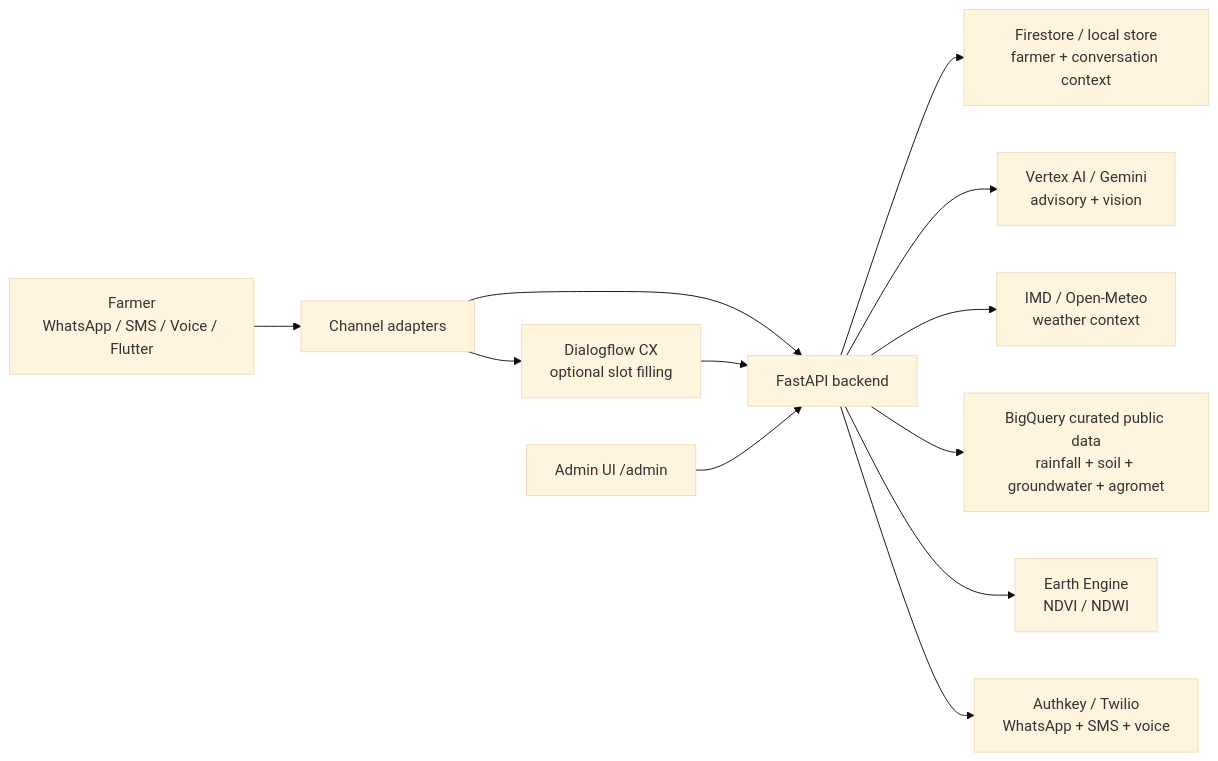
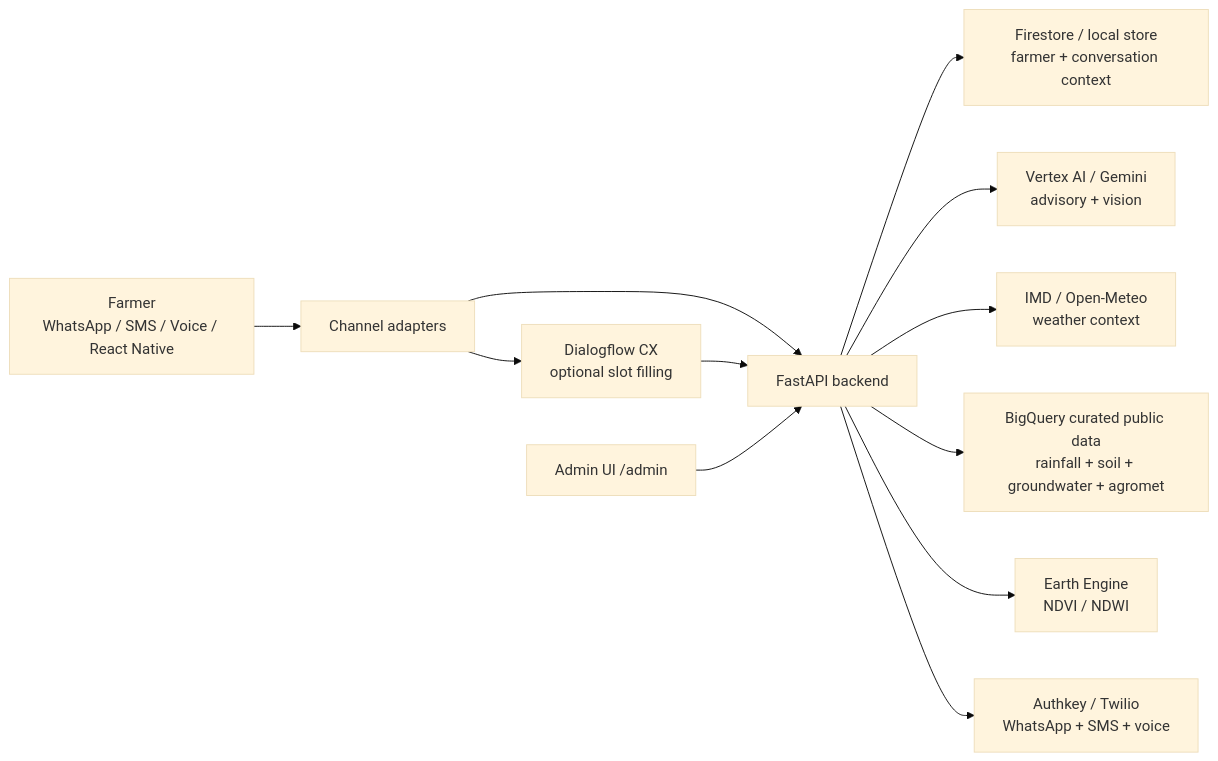
One commit to vaibhavdes/kisanAI changed the diagram in README.md. Above: the diagram before and after it, drawn with Mermaid (base theme). The commit also changed other lines of this file and 14 other files, not shown here.

Commit message:
feat: replace flutter chat with expo app

````diff
--- a/README.md
+++ b/README.md
@@ -48,14 +48,14 @@
 ```mermaid
 flowchart LR
-  Farmer["Farmer\nWhatsApp / SMS / Voice / Flutter"] --> Channels["Channel adapters"]
+  Farmer["Farmer\nWhatsApp / SMS / Voice / React Native"] --> Channels["Channel adapters"]
   Channels --> Dialogflow["Dialogflow CX\noptional slot filling"]
   Channels --> Backend["FastAPI backend"]
   Dialogflow --> Backend
   Backend --> Store["Firestore / local store\nfarmer + conversation context"]
   Backend --> AI["Vertex AI / Gemini\nadvisory + vision"]
   Backend --> Weather["IMD / Open-Meteo\nweather context"]
   Backend --> BigQuery["BigQuery curated public data\nrainfall + soil + groundwater + agromet"]
   Backend --> EarthEngine["Earth Engine\nNDVI / NDWI"]
   Backend --> Delivery["Authkey / Twilio\nWhatsApp + SMS + voice"]
   Admin["Admin UI /admin"] --> Backend
 ```
````
